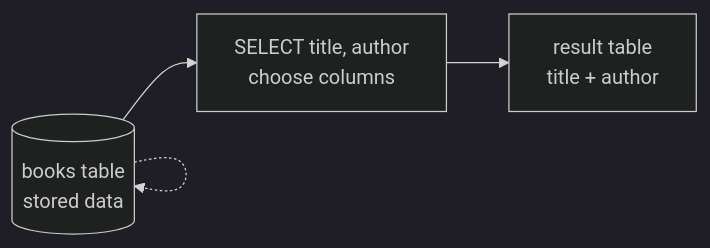
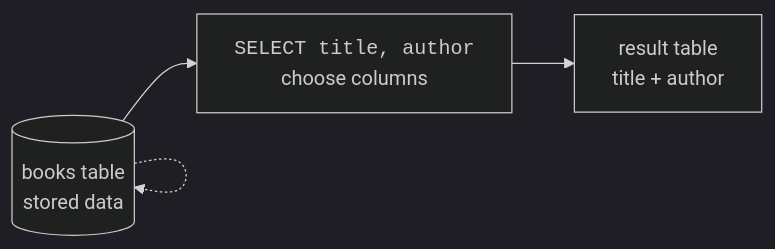
The first of 2 diagrams in content/learn/sqlite-for-beginners/select-basics.mdx (dataslope/dataslope), drawn with Mermaid (dark theme) before and after one commit. The commit also changed other lines of this file and 56 other files, not shown here.

````diff
--- a/content/learn/sqlite-for-beginners/select-basics.mdx
+++ b/content/learn/sqlite-for-beginners/select-basics.mdx
@@ -19,6 +19,6 @@
 ```mermaid
 flowchart LR
-    T[("books table<br/>stored data")] --> C["SELECT title, author<br/>choose columns"]
+    T[("books table<br/>stored data")] --> C["<code>SELECT title, author</code><br/>choose columns"]
     C --> R["result table<br/>title + author"]
     T -.-> T
 ```
````
